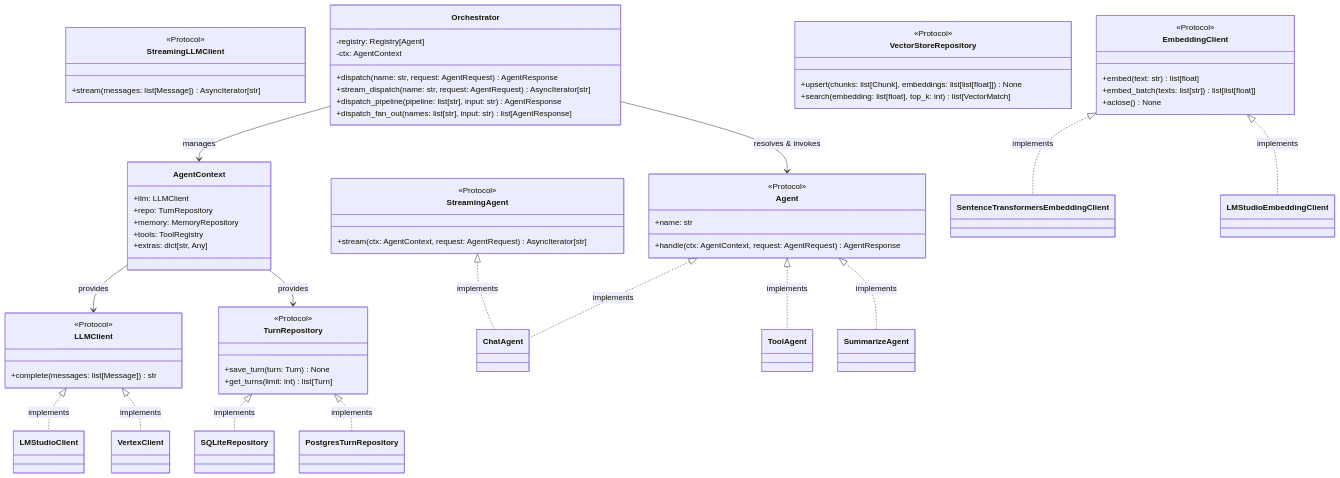
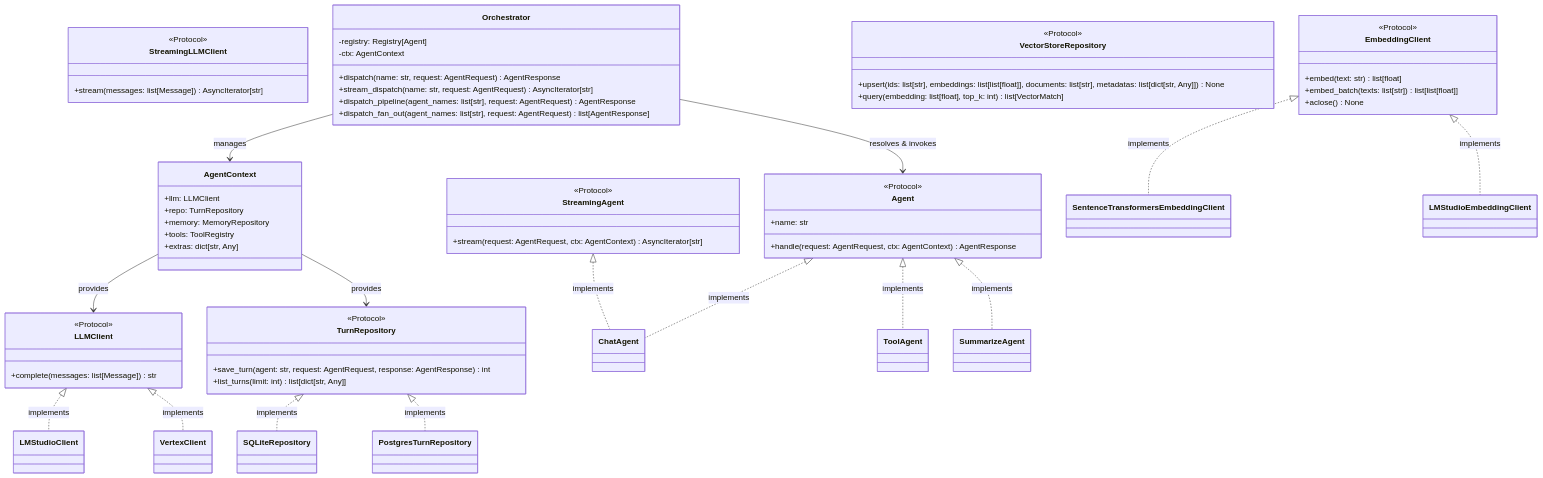
The first of 3 diagrams in docs/architecture/c4-code.md (Mango-Metrics-NLM/MangoMas_V2), drawn with Mermaid before and after one commit. The commit also changed other lines of this file and 6 other files, not shown here.

````diff
--- a/docs/architecture/c4-code.md
+++ b/docs/architecture/c4-code.md
@@ -16,76 +16,76 @@
 ```mermaid
 classDiagram
     direction TB
     
     class Agent {
         <<Protocol>>
         +name: str
-        +handle(ctx: AgentContext, request: AgentRequest) AgentResponse
+        +handle(request: AgentRequest, ctx: AgentContext) AgentResponse
     }
     
     class StreamingAgent {
         <<Protocol>>
-        +stream(ctx: AgentContext, request: AgentRequest) AsyncIterator[str]
+        +stream(request: AgentRequest, ctx: AgentContext) AsyncIterator[str]
     }
     
     class LLMClient {
         <<Protocol>>
         +complete(messages: list[Message]) str
     }
     
     class StreamingLLMClient {
         <<Protocol>>
         +stream(messages: list[Message]) AsyncIterator[str]
     }
     
     class EmbeddingClient {
         <<Protocol>>
         +embed(text: str) list[float]
         +embed_batch(texts: list[str]) list[list[float]]
         +aclose() None
     }
     
     class TurnRepository {
         <<Protocol>>
-        +save_turn(turn: Turn) None
-        +get_turns(limit: int) list[Turn]
+        +save_turn(agent: str, request: AgentRequest, response: AgentResponse) int
+        +list_turns(limit: int) list[dict[str, Any]]
     }
     
     class VectorStoreRepository {
         <<Protocol>>
-        +upsert(chunks: list[Chunk], embeddings: list[list[float]]) None
-        +search(embedding: list[float], top_k: int) list[VectorMatch]
+        +upsert(ids: list[str], embeddings: list[list[float]], documents: list[str], metadatas: list[dict[str, Any]]) None
+        +query(embedding: list[float], top_k: int) list[VectorMatch]
     }
     
     class Orchestrator {
         -registry: Registry[Agent]
         -ctx: AgentContext
         +dispatch(name: str, request: AgentRequest) AgentResponse
         +stream_dispatch(name: str, request: AgentRequest) AsyncIterator[str]
-        +dispatch_pipeline(pipeline: list[str], input: str) AgentResponse
-        +dispatch_fan_out(names: list[str], input: str) list[AgentResponse]
+        +dispatch_pipeline(agent_names: list[str], request: AgentRequest) AgentResponse
+        +dispatch_fan_out(agent_names: list[str], request: AgentRequest) list[AgentResponse]
     }
     
     class AgentContext {
         +llm: LLMClient
         +repo: TurnRepository
         +memory: MemoryRepository
         +tools: ToolRegistry
         +extras: dict[str, Any]
     }
     
     Orchestrator --> AgentContext : manages
     Orchestrator --> Agent : resolves & invokes
     Agent <|.. ChatAgent : implements
     Agent <|.. ToolAgent : implements
     Agent <|.. SummarizeAgent : implements
     StreamingAgent <|.. ChatAgent : implements
     AgentContext --> LLMClient : provides
     AgentContext --> TurnRepository : provides
     LLMClient <|.. LMStudioClient : implements
     LLMClient <|.. VertexClient : implements
     EmbeddingClient <|.. SentenceTransformersEmbeddingClient : implements
     EmbeddingClient <|.. LMStudioEmbeddingClient : implements
     TurnRepository <|.. SQLiteRepository : implements
     TurnRepository <|.. PostgresTurnRepository : implements
 ```
````
